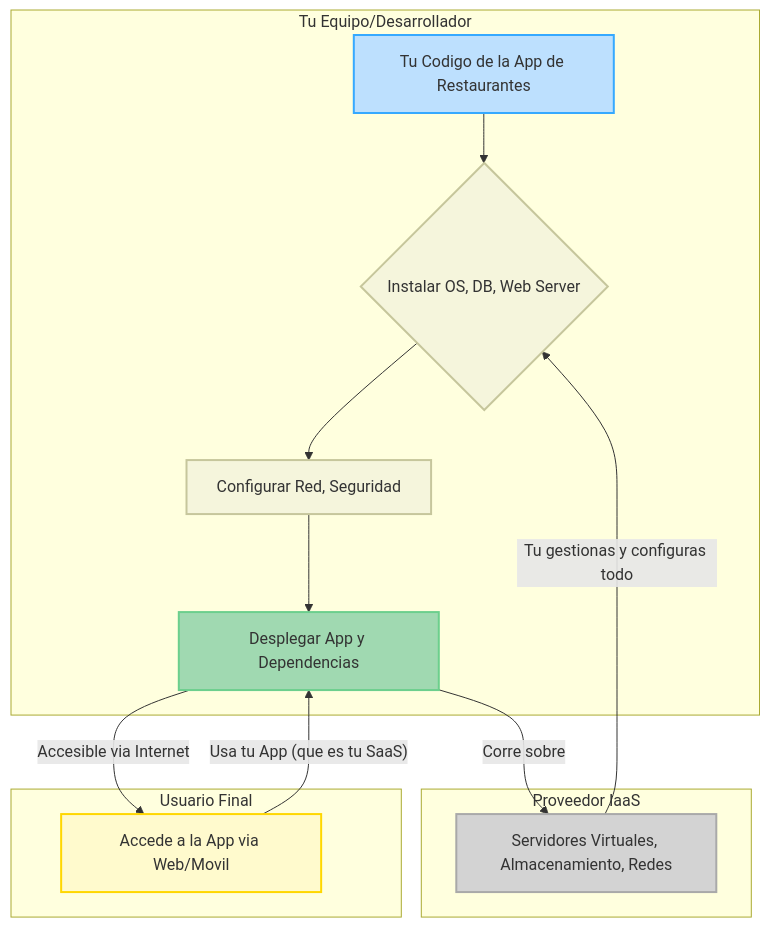
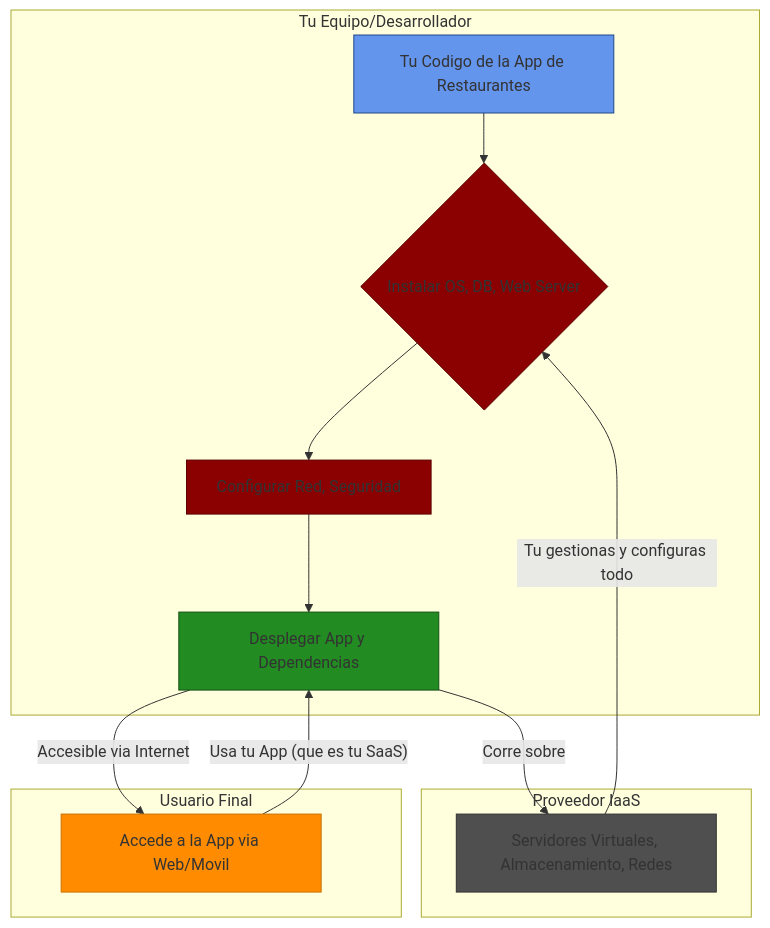
Before and after one commit to TheNefelin/TalentoDigital_CloudArchitecture_2025: the first of 4 diagrams in Modelos.md, drawn with Mermaid. The commit also changed other lines of this file, not shown here.

````diff
--- a/Modelos.md
+++ b/Modelos.md
@@ -9,28 +9,28 @@
 ```mermaid
 graph TD
     subgraph Tu Equipo/Desarrollador
         A[Tu Codigo de la App de Restaurantes] --> B{Instalar OS, DB, Web Server};
         B --> C[Configurar Red, Seguridad];
         C --> D[Desplegar App y Dependencias];
     end
 
     subgraph Proveedor IaaS
         E[Servidores Virtuales, Almacenamiento, Redes]
     end
 
     subgraph Usuario Final
         F[Accede a la App via Web/Movil]
     end
 
     D -- "Corre sobre" --> E
     D -- "Accesible via Internet" --> F
     E -- "Tu gestionas y configuras todo" --> B
     F -- "Usa tu App (que es tu SaaS)" --> D
 
-style A fill:#BDE0FE,stroke:#36A9FF,stroke-width:2px
-style B fill:#F5F5DC,stroke:#C6C69C,stroke-width:2px
-style C fill:#F5F5DC,stroke:#C6C69C,stroke-width:2px
-style D fill:#A0D9B1,stroke:#6CCF8D,stroke-width:2px
-style E fill:#D3D3D3,stroke:#A9A9A9,stroke-width:2px
-style F fill:#FFFACD,stroke:#FFD700,stroke-width:2px  
+style A fill:#6495ED,stroke:#1E488C,stroke-width:2px; color:#FFFFFF
+style B fill:#8B0000,stroke:#5A0000,stroke-width:2px; color:#FFFFFF
+style C fill:#8B0000,stroke:#5A0000,stroke-width:2px; color:#FFFFFF
+style D fill:#228B22,stroke:#145214,stroke-width:2px; color:#FFFFFF
+style E fill:#4F4F4F,stroke:#333333,stroke-width:2px; color:#FFFFFF
+style F fill:#FF8C00,stroke:#CC7000,stroke-width:2px; color:#FFFFFF
 ```
````
